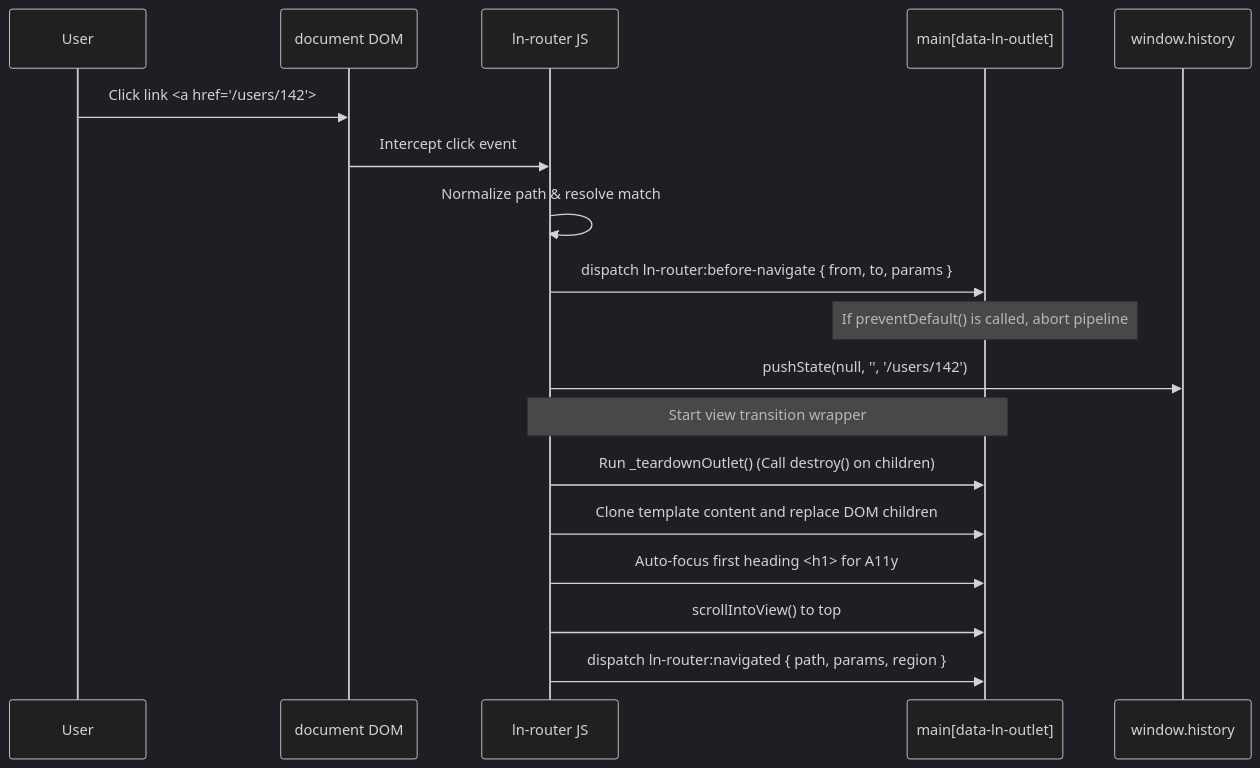
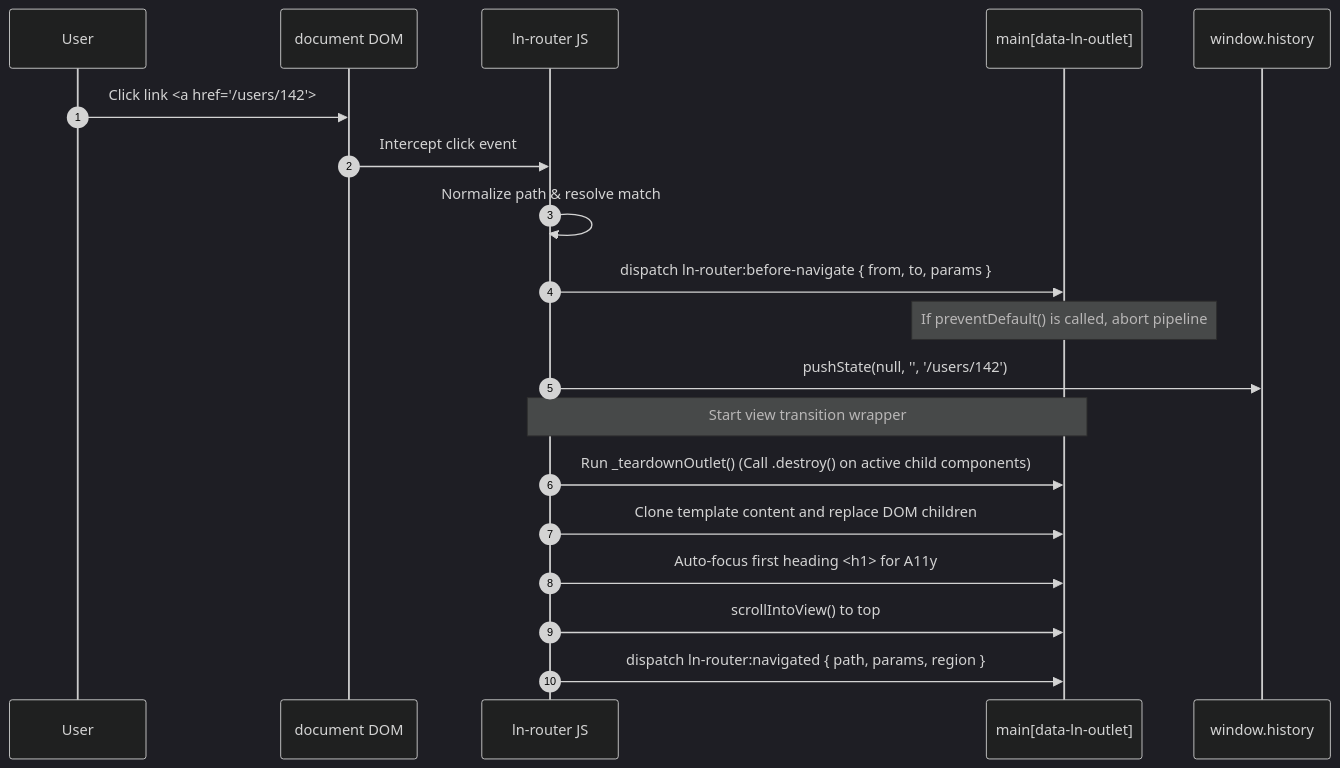
The diagram in architecture_docs_draft/components/ln-router.md (livenetworks/ln-ashlar), drawn with Mermaid (dark theme) before and after one commit. The commit also changed other lines of this file and 15 other files, not shown here.

````diff
--- a/architecture_docs_draft/components/ln-router.md
+++ b/architecture_docs_draft/components/ln-router.md
@@ -145,26 +151,27 @@
 ```mermaid
 sequenceDiagram
+    autonumber
     participant User
     participant Document as document DOM
     participant Router as ln-router JS
     participant Outlet as main[data-ln-outlet]
     participant History as window.history
 
     User->>Document: Click link <a href="/users/142">
     Document->>Router: Intercept click event
     Router->>Router: Normalize path & resolve match
     
     Router->>Outlet: dispatch ln-router:before-navigate { from, to, params }
     Note over Outlet: If preventDefault() is called, abort pipeline
     
     Router->>History: pushState(null, '', '/users/142')
     
     Note over Router, Outlet: Start view transition wrapper
     
-    Router->>Outlet: Run _teardownOutlet() (Call destroy() on children)
+    Router->>Outlet: Run _teardownOutlet() (Call .destroy() on active child components)
     Router->>Outlet: Clone template content and replace DOM children
     Router->>Outlet: Auto-focus first heading <h1> for A11y
     Router->>Outlet: scrollIntoView() to top
     
     Router->>Outlet: dispatch ln-router:navigated { path, params, region }
 ```
````
